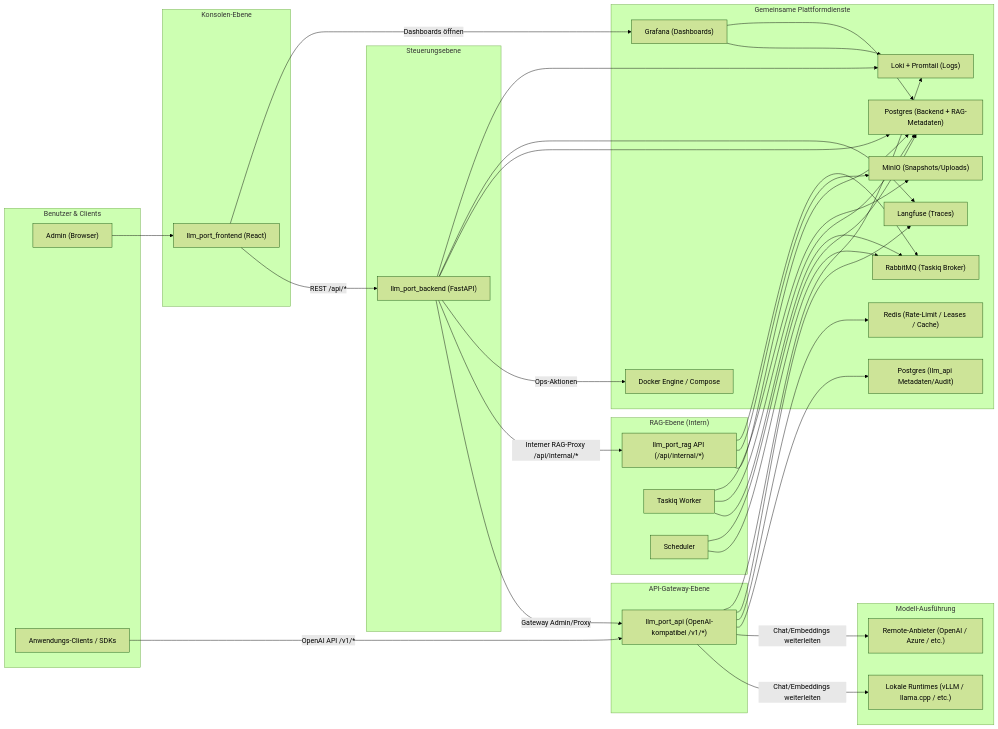
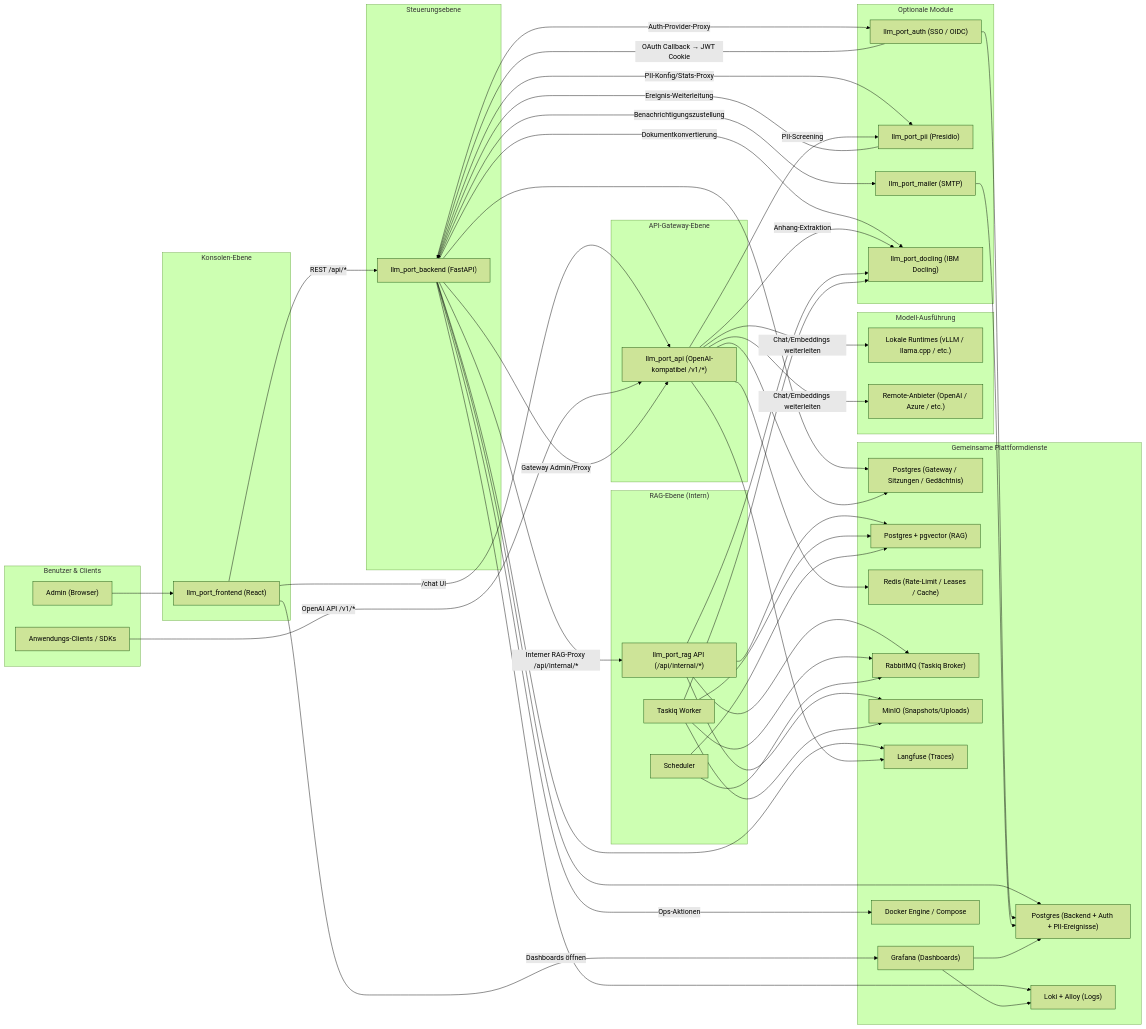
The diagram in i18n/de/docusaurus-plugin-content-docs/current/architecture.md (llm-port/llm-port.github.io), drawn with Mermaid (forest theme) before and after one commit. The commit also changed other lines of this file and 46 other files, not shown here.

```diff
--- a/i18n/de/docusaurus-plugin-content-docs/current/architecture.md
+++ b/i18n/de/docusaurus-plugin-content-docs/current/architecture.md
@@ -27,6 +27,13 @@
         API["llm_port_api (OpenAI-kompatibel /v1/*)"]
     end
 
+    subgraph Modules["Optionale Module"]
+        AUTH["llm_port_auth (SSO / OIDC)"]
+        PII["llm_port_pii (Presidio)"]
+        MAILER["llm_port_mailer (SMTP)"]
+        DOCLING["llm_port_docling (IBM Docling)"]
+    end
+
     subgraph RAG["RAG-Ebene (Intern)"]
         RAGAPI["llm_port_rag API (/api/internal/*)"]
         RAGW["Taskiq Worker"]
@@ -39,43 +46,59 @@
     end
 
     subgraph Shared["Gemeinsame Plattformdienste"]
-        PGMAIN["Postgres (Backend + RAG-Metadaten)"]
-        PGAPI["Postgres (llm_api Metadaten/Audit)"]
+        PGMAIN["Postgres (Backend + Auth + PII-Ereignisse)"]
+        PGAPI["Postgres (Gateway / Sitzungen / Gedächtnis)"]
+        PGRAG["Postgres + pgvector (RAG)"]
         REDIS["Redis (Rate-Limit / Leases / Cache)"]
         RMQ["RabbitMQ (Taskiq Broker)"]
         MINIO["MinIO (Snapshots/Uploads)"]
         LANGFUSE["Langfuse (Traces)"]
-        LOKI["Loki + Promtail (Logs)"]
+        LOKI["Loki + Alloy (Logs)"]
         GRAF["Grafana (Dashboards)"]
         DOCKER["Docker Engine / Compose"]
     end
 
     U1 --> FE
     FE -->|REST /api/*| BE
+    FE -->|/chat UI| API
     U2 -->|OpenAI API /v1/*| API
 
     BE -->|Gateway Admin/Proxy| API
     BE -->|Interner RAG-Proxy /api/internal/*| RAGAPI
+    BE -->|Auth-Provider-Proxy| AUTH
+    BE -->|PII-Konfig/Stats-Proxy| PII
+    BE -->|Benachrichtigungszustellung| MAILER
+    BE -->|Dokumentkonvertierung| DOCLING
     BE -->|Ops-Aktionen| DOCKER
     BE --> PGMAIN
+    BE --> PGAPI
     BE --> LANGFUSE
     BE --> LOKI
 
     API -->|Chat/Embeddings weiterleiten| LOCAL
     API -->|Chat/Embeddings weiterleiten| REMOTE
+    API -->|PII-Screening| PII
+    API -->|Anhang-Extraktion| DOCLING
     API --> PGAPI
     API --> REDIS
     API --> LANGFUSE
-    API --> LOKI
 
-    RAGAPI --> PGMAIN
+    AUTH -->|OAuth Callback → JWT Cookie| BE
+    AUTH --> PGMAIN
+
+    PII -->|Ereignis-Weiterleitung| BE
+    MAILER --> PGMAIN
+
+    RAGAPI --> PGRAG
     RAGAPI --> MINIO
+    RAGAPI --> DOCLING
     RAGAPI --> RMQ
     RAGW --> RMQ
-    RAGW --> PGMAIN
+    RAGW --> PGRAG
     RAGW --> MINIO
+    RAGW --> DOCLING
     RAGS --> RMQ
-    RAGS --> PGMAIN
+    RAGS --> PGRAG
 
     GRAF --> LOKI
     GRAF --> PGMAIN
```
